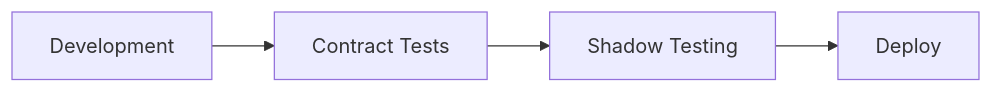
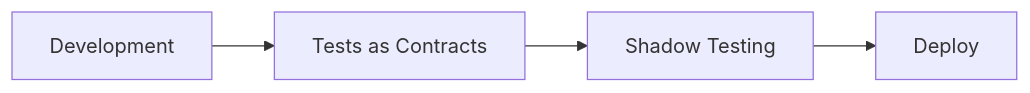
Before and after one commit to kakao/actionbase: the second of 2 diagrams in website/src/content/docs/stories/shadow-testing.mdx, drawn with Mermaid. The commit also changed other lines of this file and 7 other files, not shown here.

````diff
--- a/website/src/content/docs/stories/shadow-testing.mdx
+++ b/website/src/content/docs/stories/shadow-testing.mdx
@@ -41,6 +45,6 @@
 ```mermaid
 flowchart LR
-    Dev[Development] --> Contract[Contract Tests]
+    Dev[Development] --> Contract[Tests as Contracts]
     Contract --> Shadow[Shadow Testing]
     Shadow --> Deploy[Deploy]
 ```
````
